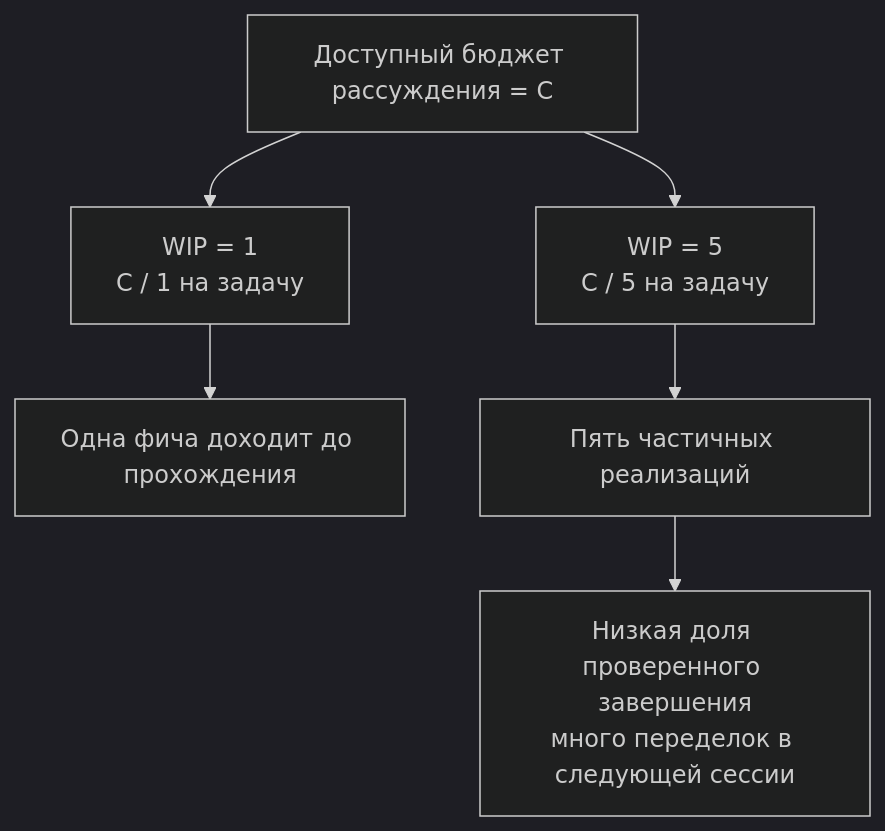
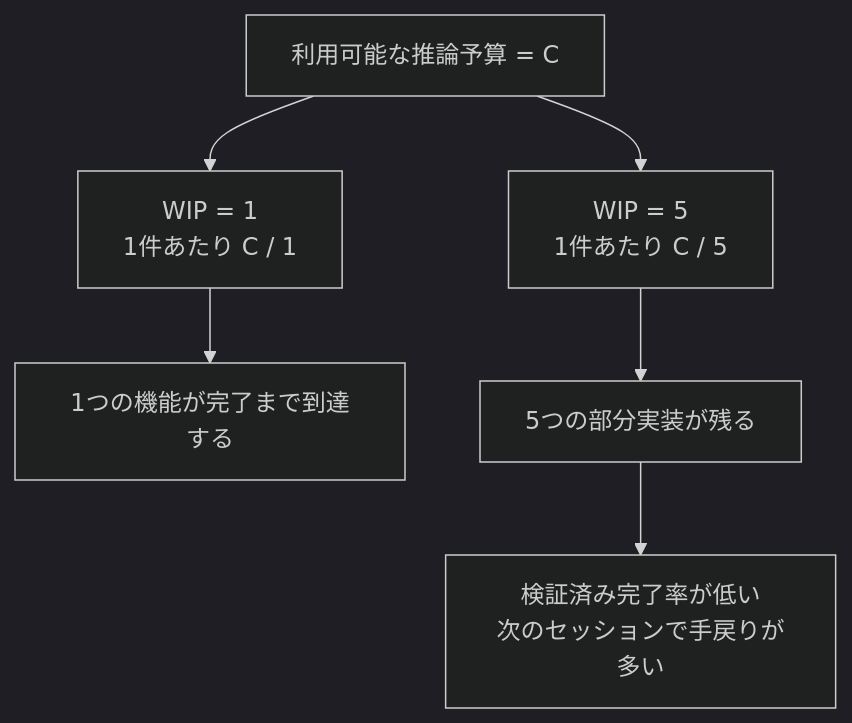
One commit to mkusaka/learn-harness-engineering changed the second of 2 diagrams in docs/ru/lectures/lecture-07-why-agents-overreach-and-under-finish/index.md. Above: the diagram before and after it, drawn with Mermaid (dark theme). The commit also changed other lines of this file and 571 other files, not shown here.

````diff
--- a/docs/ru/lectures/lecture-07-why-agents-overreach-and-under-finish/index.md
+++ b/docs/ru/lectures/lecture-07-why-agents-overreach-and-under-finish/index.md
@@ -43,9 +43,9 @@
 ```mermaid
 flowchart TB
-    Budget["Доступный бюджет рассуждения = C"] --> One["WIP = 1<br/>C / 1 на задачу"]
-    Budget --> Many["WIP = 5<br/>C / 5 на задачу"]
+    Budget["利用可能な推論予算 = C"] --> One["WIP = 1<br/>1件あたり C / 1"]
+    Budget --> Many["WIP = 5<br/>1件あたり C / 5"]
 
-    One --> Finish["Одна фича доходит до прохождения"]
-    Many --> Partial["Пять частичных реализаций"]
-    Partial --> VCR["Низкая доля проверенного завершения<br/>много переделок в следующей сессии"]
+    One --> Finish["1つの機能が完了まで到達する"]
+    Many --> Partial["5つの部分実装が残る"]
+    Partial --> VCR["検証済み完了率が低い<br/>次のセッションで手戻りが多い"]
 ```
````
